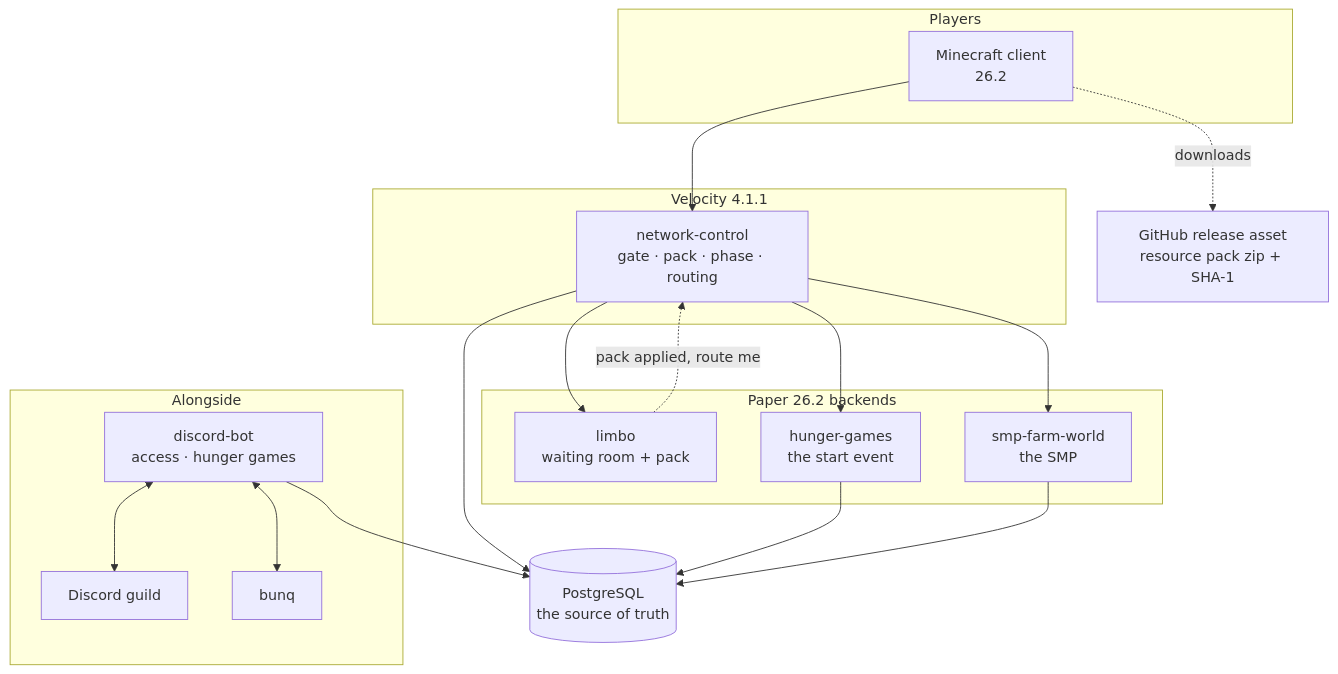
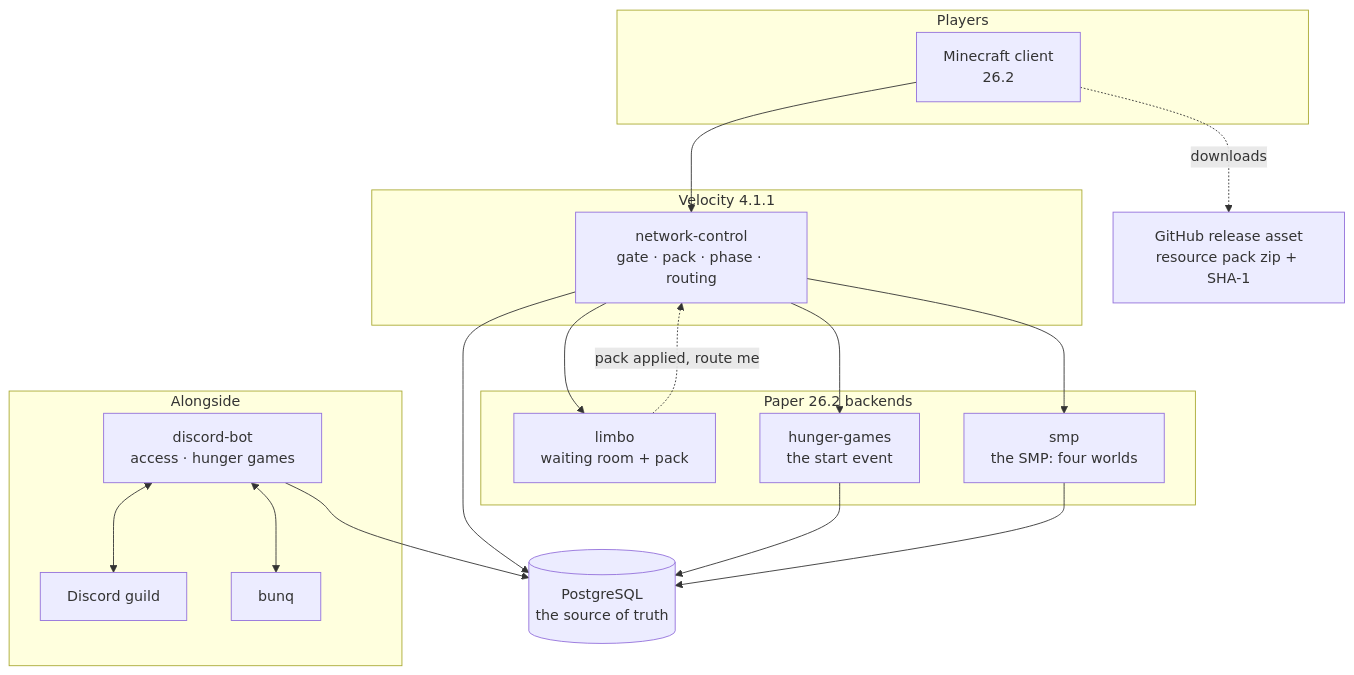
One commit to nordtal/season-2 changed the first of 3 diagrams in docs/architecture.md. Above: the diagram before and after it, drawn with Mermaid. The commit also changed other lines of this file and 7 other files, not shown here.

````diff
--- a/docs/architecture.md
+++ b/docs/architecture.md
@@ -11,39 +12,39 @@
 ```mermaid
 flowchart TB
     subgraph clients["Players"]
         C1["Minecraft client<br/>26.2"]
     end
 
     subgraph proxy["Velocity 4.1.1"]
         NC["network-control<br/>gate · pack · phase · routing"]
     end
 
     subgraph backends["Paper 26.2 backends"]
         LB["limbo<br/>waiting room + pack"]
         HG["hunger-games<br/>the start event"]
-        SMP["smp-farm-world<br/>the SMP"]
+        SMP["smp<br/>the SMP: four worlds"]
     end
 
     subgraph side["Alongside"]
         BOT["discord-bot<br/>access · hunger games"]
         DC["Discord guild"]
         BQ["bunq"]
     end
 
     DB[("PostgreSQL<br/>the source of truth")]
     GH["GitHub release asset<br/>resource pack zip + SHA-1"]
 
     C1 --> NC
     NC --> LB
     LB -.->|"pack applied, route me"| NC
     NC --> HG
     NC --> SMP
     C1 -.->|"downloads"| GH
 
     NC --> DB
     HG --> DB
     SMP --> DB
     BOT --> DB
     BOT <--> DC
     BOT <--> BQ
 ```
````
